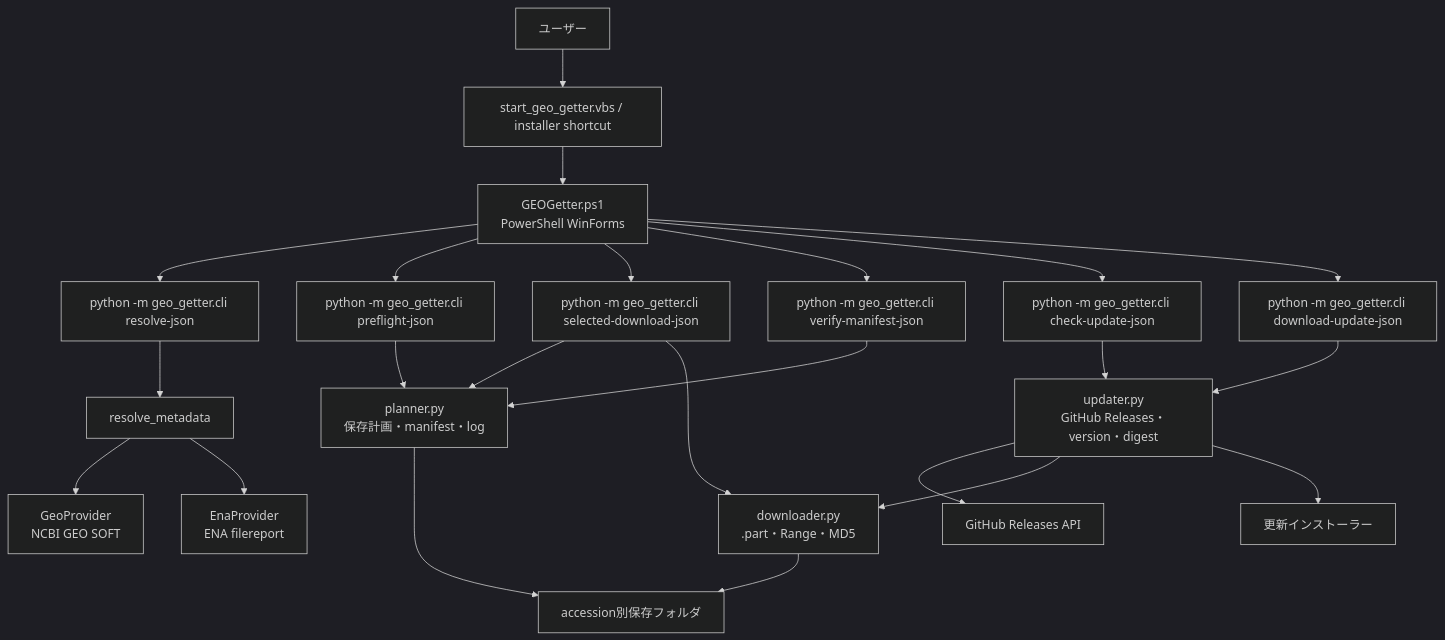
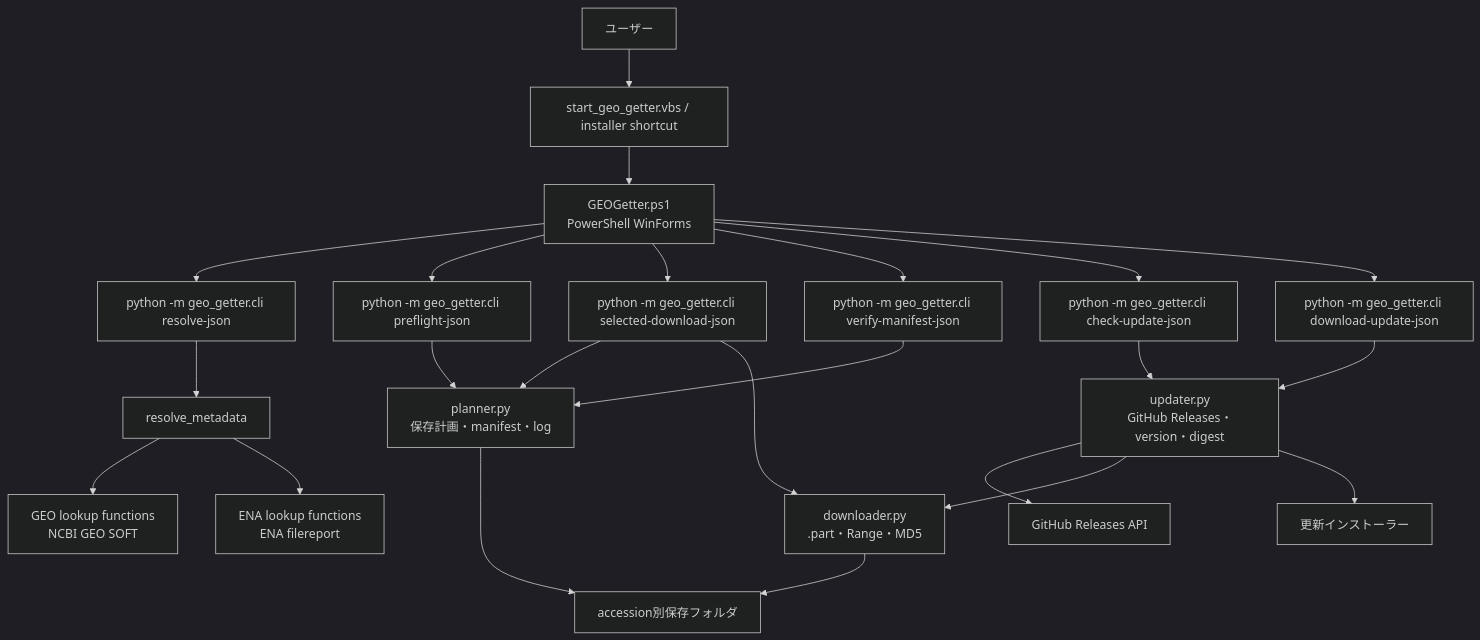
The diagram in docs/ARCHITECTURE.md (K81ta/geo-getter), drawn with Mermaid (dark theme) before and after one commit. The commit also changed 6 other files, not shown here.

````diff
--- a/docs/ARCHITECTURE.md
+++ b/docs/ARCHITECTURE.md
@@ -42,25 +42,25 @@
 ```mermaid
 flowchart TD
     User["ユーザー"] --> Launcher["start_geo_getter.vbs / installer shortcut"]
     Launcher --> GUI["GEOGetter.ps1\nPowerShell WinForms"]
     GUI --> ResolveCLI["python -m geo_getter.cli resolve-json"]
     GUI --> PreflightCLI["python -m geo_getter.cli preflight-json"]
     GUI --> DownloadCLI["python -m geo_getter.cli selected-download-json"]
     GUI --> VerifyCLI["python -m geo_getter.cli verify-manifest-json"]
     GUI --> UpdateCheckCLI["python -m geo_getter.cli check-update-json"]
     GUI --> UpdateDownloadCLI["python -m geo_getter.cli download-update-json"]
     ResolveCLI --> Resolver["resolve_metadata"]
-    Resolver --> GEO["GeoProvider\nNCBI GEO SOFT"]
-    Resolver --> ENA["EnaProvider\nENA filereport"]
+    Resolver --> GEO["GEO lookup functions\nNCBI GEO SOFT"]
+    Resolver --> ENA["ENA lookup functions\nENA filereport"]
     PreflightCLI --> Planner["planner.py\n保存計画・manifest・log"]
     DownloadCLI --> Planner["planner.py\n保存計画・manifest・log"]
     DownloadCLI --> Downloader["downloader.py\n.part・Range・MD5"]
     VerifyCLI --> Planner
     UpdateCheckCLI --> Updater["updater.py\nGitHub Releases・version・digest"]
     UpdateDownloadCLI --> Updater
     Updater --> GitHub["GitHub Releases API"]
     Updater --> Downloader
     Planner --> Output["accession別保存フォルダ"]
     Downloader --> Output
     Updater --> Installer["更新インストーラー"]
 ```
````
